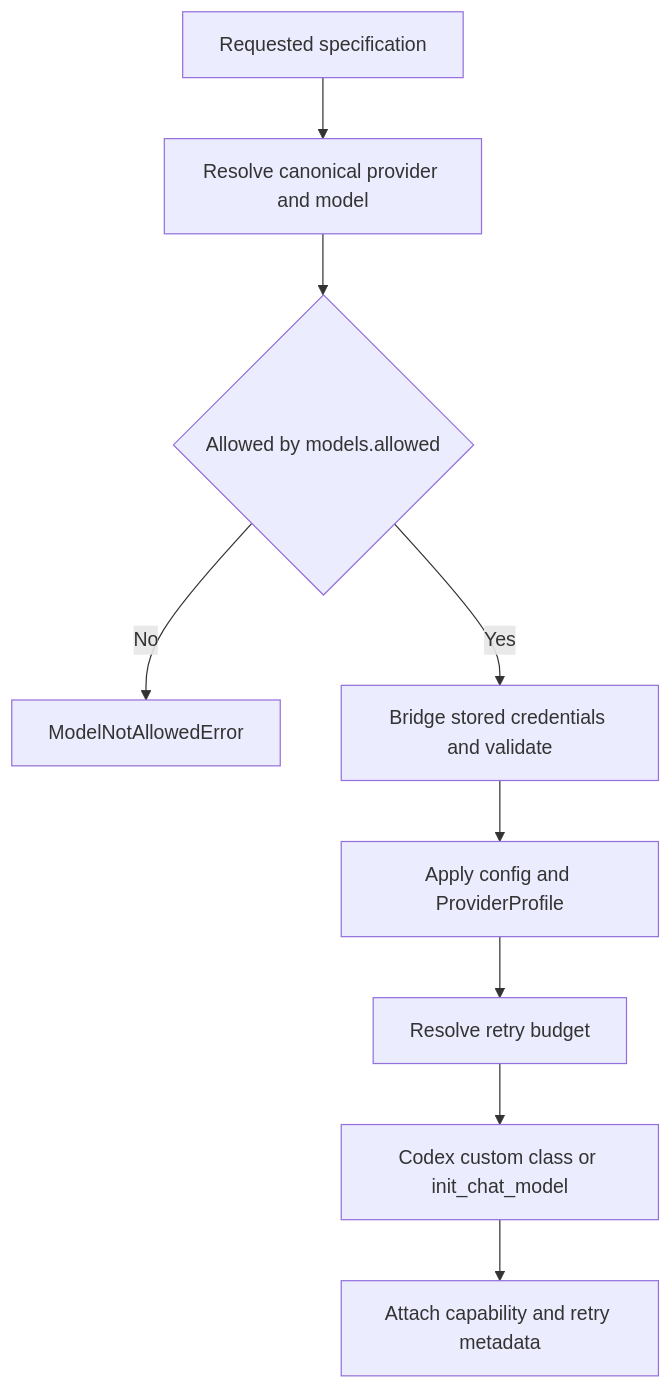
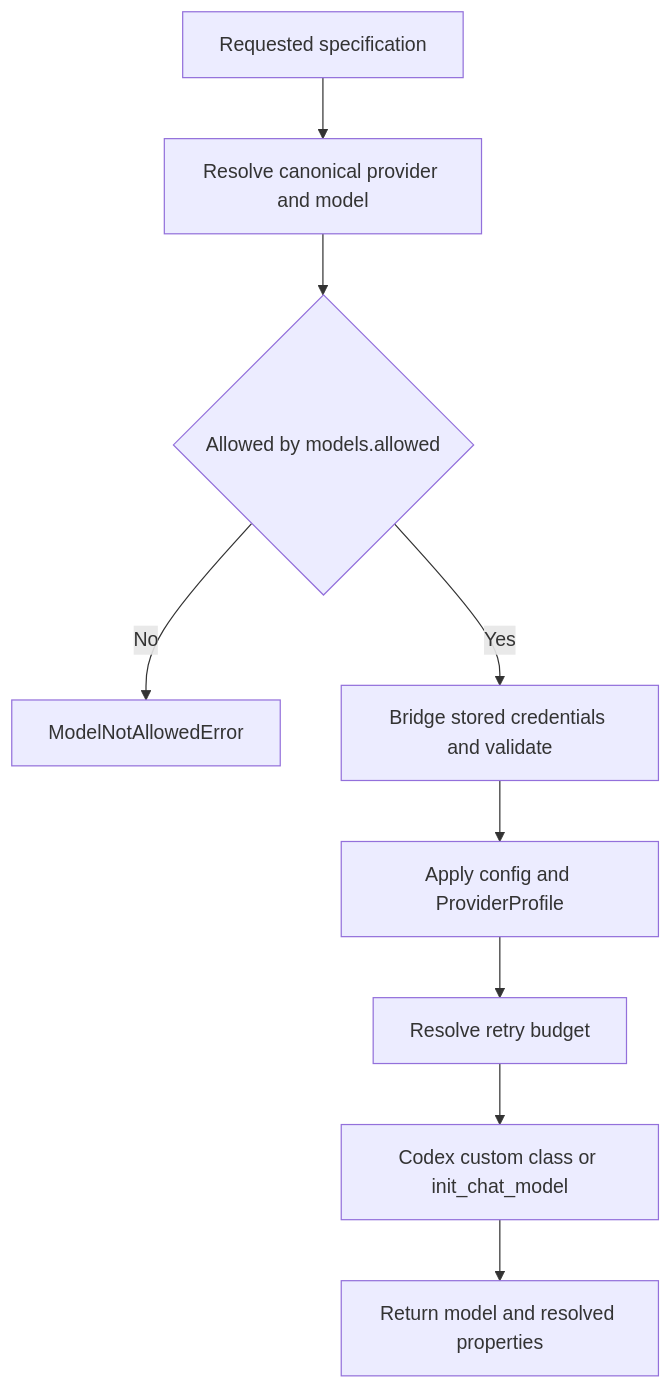
One commit to langchain-ai/deepagents changed the fourth of 4 diagrams in openwiki/concepts/profiles-models.md. Above: the diagram before and after it, drawn with Mermaid. The commit also changed other lines of this file and 25 other files, not shown here.

````diff
--- a/openwiki/concepts/profiles-models.md
+++ b/openwiki/concepts/profiles-models.md
@@ -128,11 +165,11 @@
 ```mermaid
 flowchart TD
     Requested["Requested specification"] --> Canonical["Resolve canonical provider and model"]
     Canonical --> Allowed{"Allowed by models.allowed"}
     Allowed -->|No| Reject["ModelNotAllowedError"]
     Allowed -->|Yes| Credentials["Bridge stored credentials and validate"]
     Credentials --> Profile["Apply config and ProviderProfile"]
     Profile --> Retry["Resolve retry budget"]
     Retry --> Construct["Codex custom class or init_chat_model"]
-    Construct --> Metadata["Attach capability and retry metadata"]
+    Construct --> Result["Return model and resolved properties"]
 ```
````
